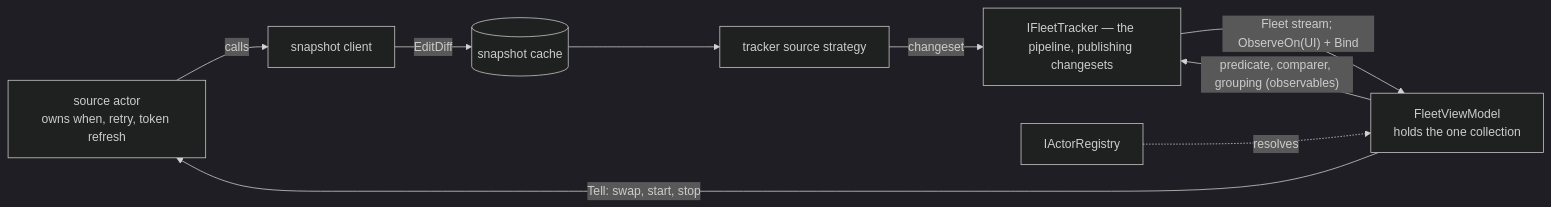
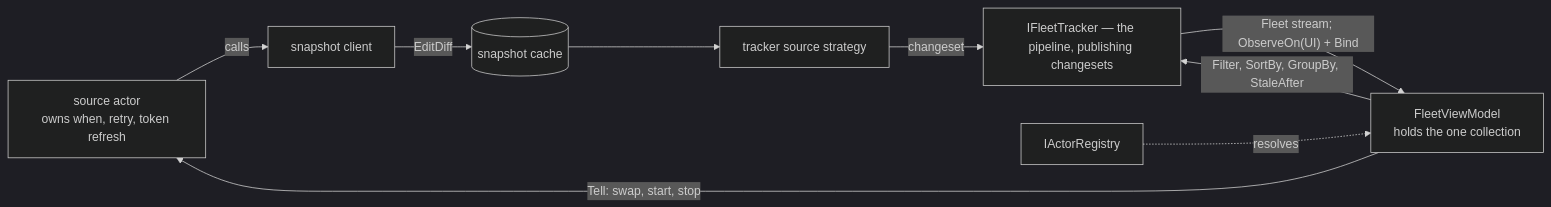
The third of 3 diagrams in features/fleet-dashboard/.spec/README.md (RLittlesII/Transporter), drawn with Mermaid (dark theme) before and after one commit. The commit also changed other lines of this file and 7 other files, not shown here.

````diff
--- a/features/fleet-dashboard/.spec/README.md
+++ b/features/fleet-dashboard/.spec/README.md
@@ -289,11 +297,11 @@
 ```mermaid
 flowchart LR
     actor["source actor<br/>owns when, retry, token refresh"] -->|calls| client["snapshot client"]
     client -->|EditDiff| cache[("snapshot cache")]
     cache --> strategy["tracker source strategy"]
     strategy -->|changeset| tracker["IFleetTracker — the pipeline, publishing changesets"]
     tracker -->|"Fleet stream; ObserveOn(UI) + Bind"| vm["FleetViewModel<br/>holds the one collection"]
-    vm -->|"predicate, comparer, grouping (observables)"| tracker
+    vm -->|"Filter, SortBy, GroupBy, StaleAfter"| tracker
     vm -->|Tell: swap, start, stop| actor
     registry["IActorRegistry"] -.->|resolves| vm
 ```
````
